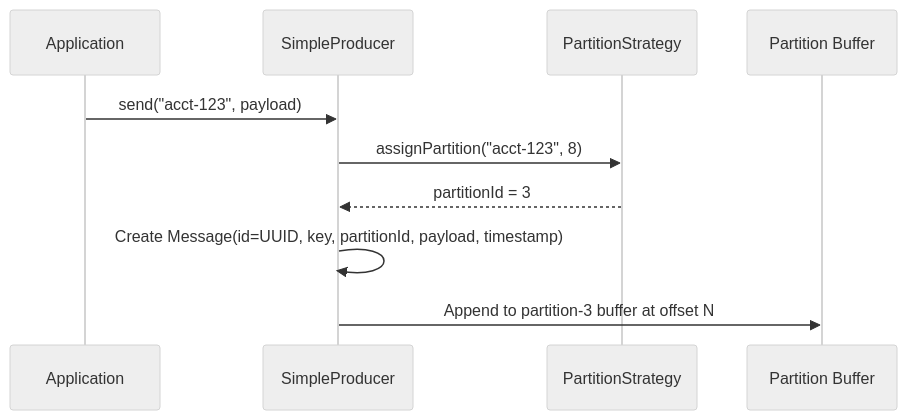
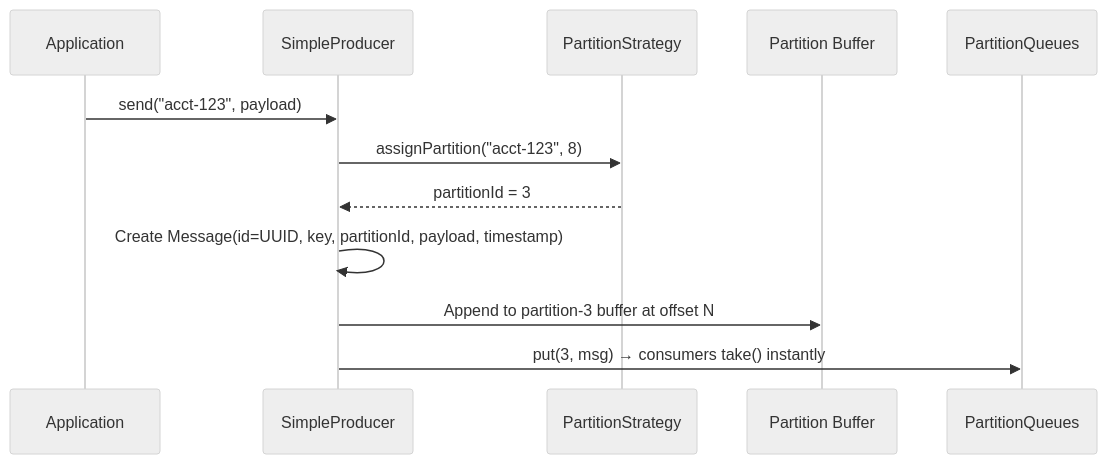
Before and after one commit to Prashant2603/pxrs: the second of 11 diagrams in README.md, drawn with Mermaid (neutral theme). The commit also changed other lines of this file and 23 other files, not shown here.

````diff
--- a/README.md
+++ b/README.md
@@ -131,13 +155,15 @@
 ```mermaid
 sequenceDiagram
     participant App as Application
     participant P as SimpleProducer
     participant S as PartitionStrategy
     participant B as Partition Buffer
+    participant PQ as PartitionQueues
 
     App->>P: send("acct-123", payload)
     P->>S: assignPartition("acct-123", 8)
     S-->>P: partitionId = 3
     P->>P: Create Message(id=UUID, key, partitionId, payload, timestamp)
     P->>B: Append to partition-3 buffer at offset N
+    P->>PQ: put(3, msg) → consumers take() instantly
 ```
````
